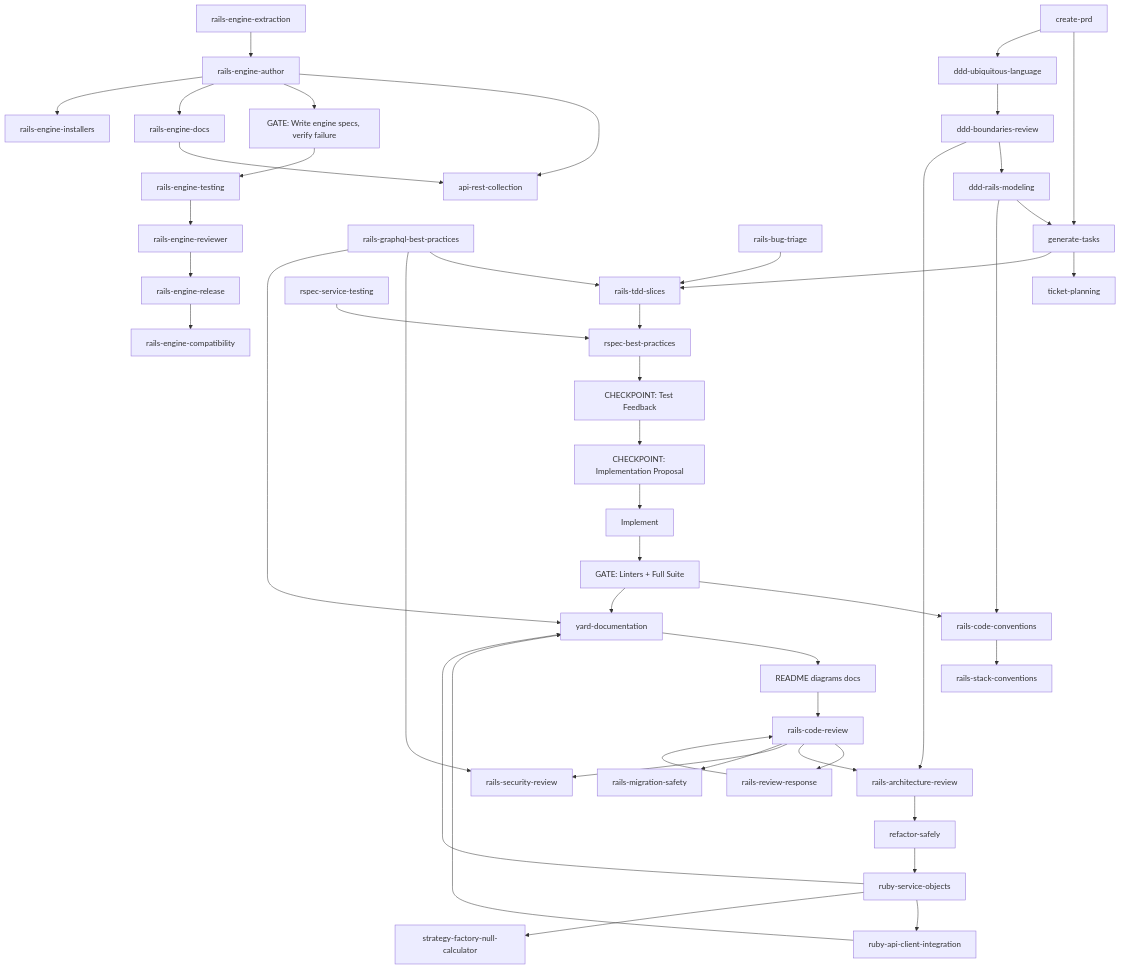
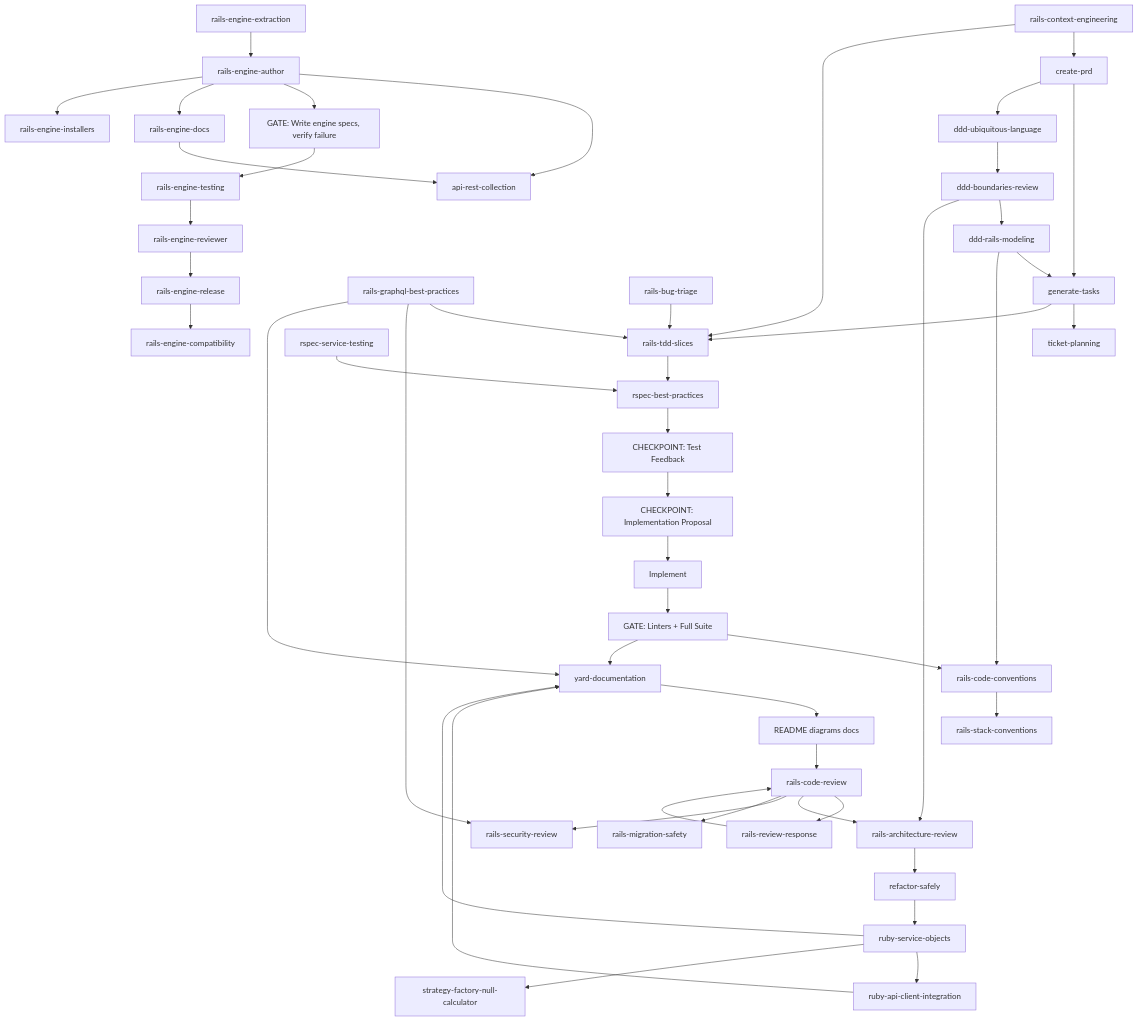
One commit to igmarin/my-RoR-personal-skills changed the diagram in README.md. Above: the diagram before and after it, drawn with Mermaid. The commit also changed other lines of this file and 12 other files, not shown here.

First line of the commit message:
Feat/agent skills integration and context engineering (#35)

````diff
--- a/README.md
+++ b/README.md
@@ -241,59 +249,61 @@
 ```mermaid
 flowchart TD
-    createPRD[create-prd] --> generateTasks[generate-tasks]
+    contextEng[rails-context-engineering] --> createPRD[create-prd]
+    contextEng --> tddSlices
+    createPRD --> generateTasks[generate-tasks]
     createPRD --> dddLanguage[ddd-ubiquitous-language]
     dddLanguage --> dddBoundaries[ddd-boundaries-review]
     dddBoundaries --> dddModeling[ddd-rails-modeling]
     dddBoundaries --> archReview
     dddModeling --> generateTasks
     dddModeling --> railsConventions
 
     generateTasks --> ticketPlanning[ticket-planning]
     generateTasks --> tddSlices[rails-tdd-slices]
 
     tddSlices --> rspecBest[rspec-best-practices]
     rspecBest --> testFeedback["CHECKPOINT: Test Feedback"]
     testFeedback --> implProposal["CHECKPOINT: Implementation Proposal"]
     implProposal --> implement["Implement"]
     implement --> lintersGate["GATE: Linters + Full Suite"]
 
     lintersGate --> railsConventions[rails-code-conventions]
     railsConventions --> stackConventions[rails-stack-conventions]
     lintersGate --> yardDoc[yard-documentation]
     yardDoc --> docUpdates[README diagrams docs]
     docUpdates --> codeReview[rails-code-review]
 
     codeReview --> reviewResponse[rails-review-response]
     reviewResponse --> codeReview
 
     codeReview --> archReview[rails-architecture-review]
     codeReview --> secReview[rails-security-review]
     codeReview --> migrationSafety[rails-migration-safety]
 
     archReview --> refactorSafely[refactor-safely]
     refactorSafely --> serviceObjects[ruby-service-objects]
 
     serviceObjects --> apiClient[ruby-api-client-integration]
     serviceObjects --> strategyFactory[strategy-factory-null-calculator]
     serviceObjects --> yardDoc
     apiClient --> yardDoc
 
     graphql[rails-graphql-best-practices] --> tddSlices
     graphql --> secReview
     graphql --> yardDoc
 
     engineAuthor --> postman[api-rest-collection]
     engineDocs[rails-engine-docs] --> postman
 
     bugTriage[rails-bug-triage] --> tddSlices
     rspecService[rspec-service-testing] --> rspecBest
 
     engineAuthor[rails-engine-author] --> engineTestGate["GATE: Write engine specs, verify failure"]
     engineTestGate --> engineTesting[rails-engine-testing]
     engineAuthor --> engineDocs
     engineAuthor --> engineInstallers[rails-engine-installers]
     engineTesting --> engineReviewer[rails-engine-reviewer]
     engineReviewer --> engineRelease[rails-engine-release]
     engineRelease --> engineCompat[rails-engine-compatibility]
     engineExtraction[rails-engine-extraction] --> engineAuthor
 ```
````
